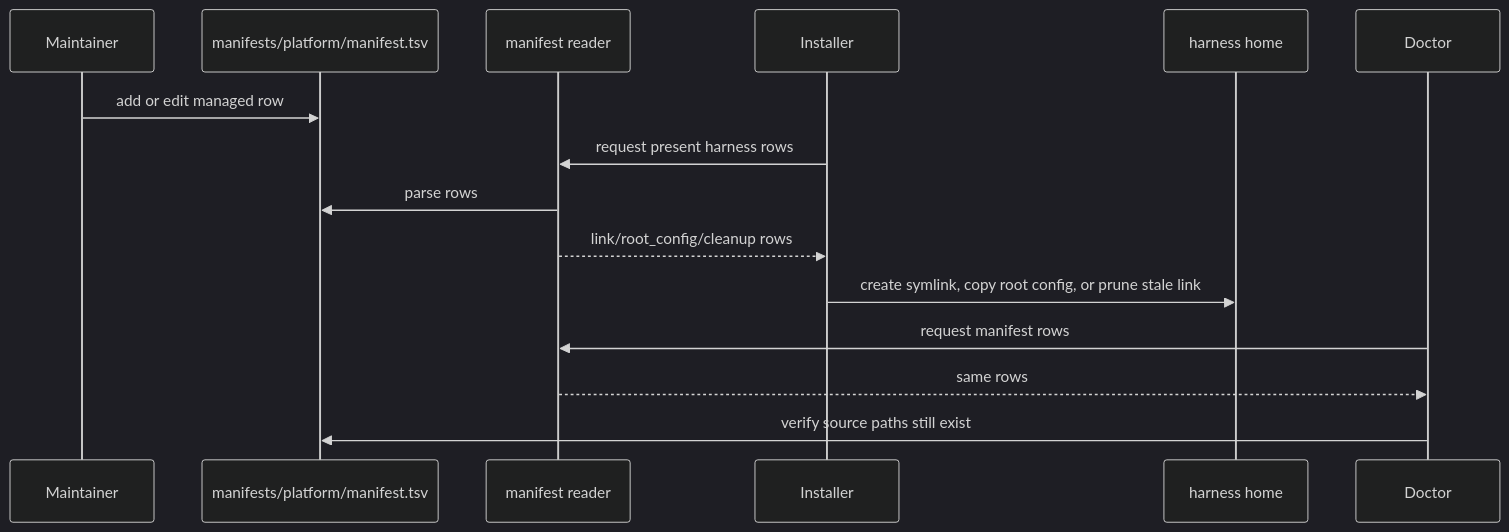
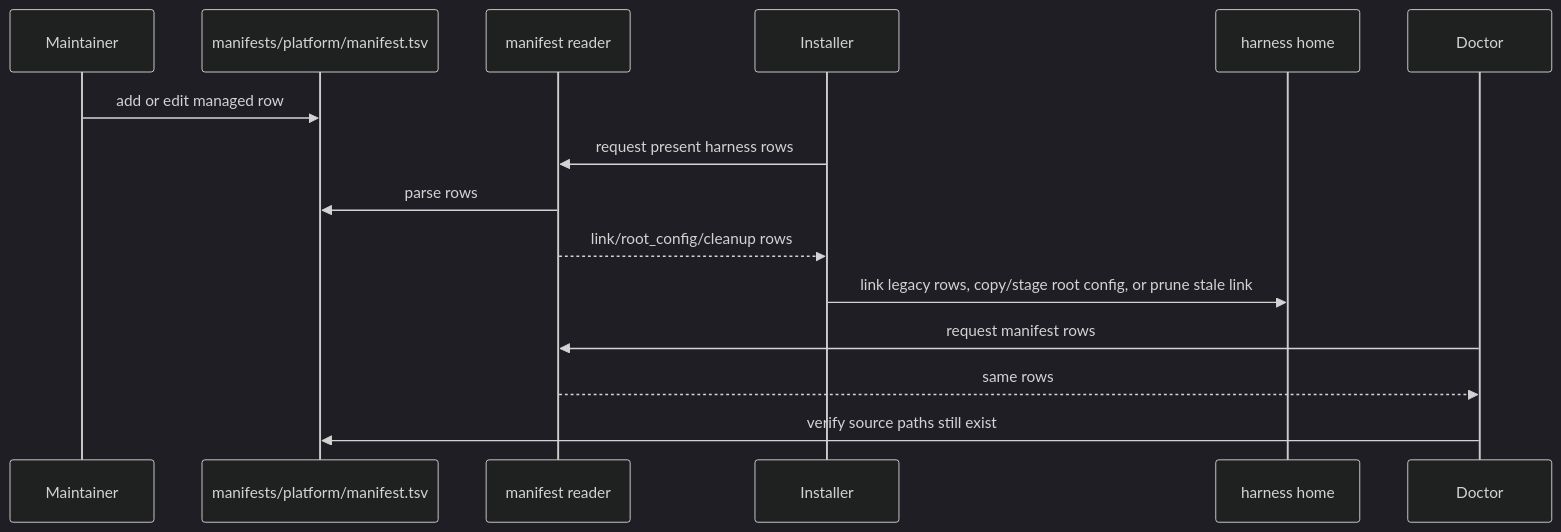
The third of 3 diagrams in docs/architecture/config-code-separation.md (kirinmurphy/harness_configs), drawn with Mermaid (dark theme) before and after one commit. The commit also changed other lines of this file and 14 other files, not shown here.

````diff
--- a/docs/architecture/config-code-separation.md
+++ b/docs/architecture/config-code-separation.md
@@ -112,18 +112,18 @@
 ```mermaid
 sequenceDiagram
   participant Maintainer
   participant Manifest as manifests/platform/manifest.tsv
   participant Reader as manifest reader
   participant Installer
   participant Home as harness home
   participant Doctor
 
   Maintainer->>Manifest: add or edit managed row
   Installer->>Reader: request present harness rows
   Reader->>Manifest: parse rows
   Reader-->>Installer: link/root_config/cleanup rows
-  Installer->>Home: create symlink, copy root config, or prune stale link
+  Installer->>Home: link legacy rows, copy/stage root config, or prune stale link
   Doctor->>Reader: request manifest rows
   Reader-->>Doctor: same rows
   Doctor->>Manifest: verify source paths still exist
 ```
````
